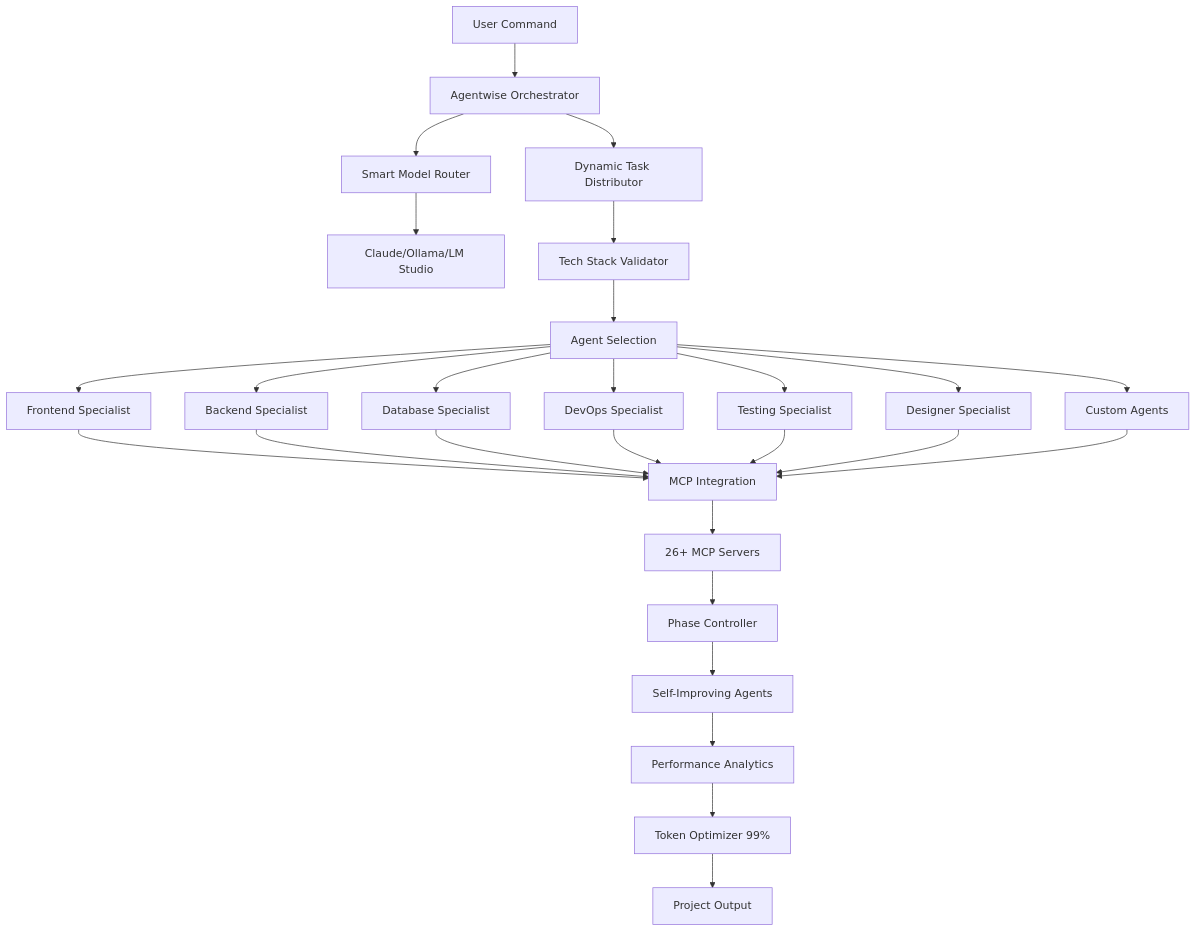
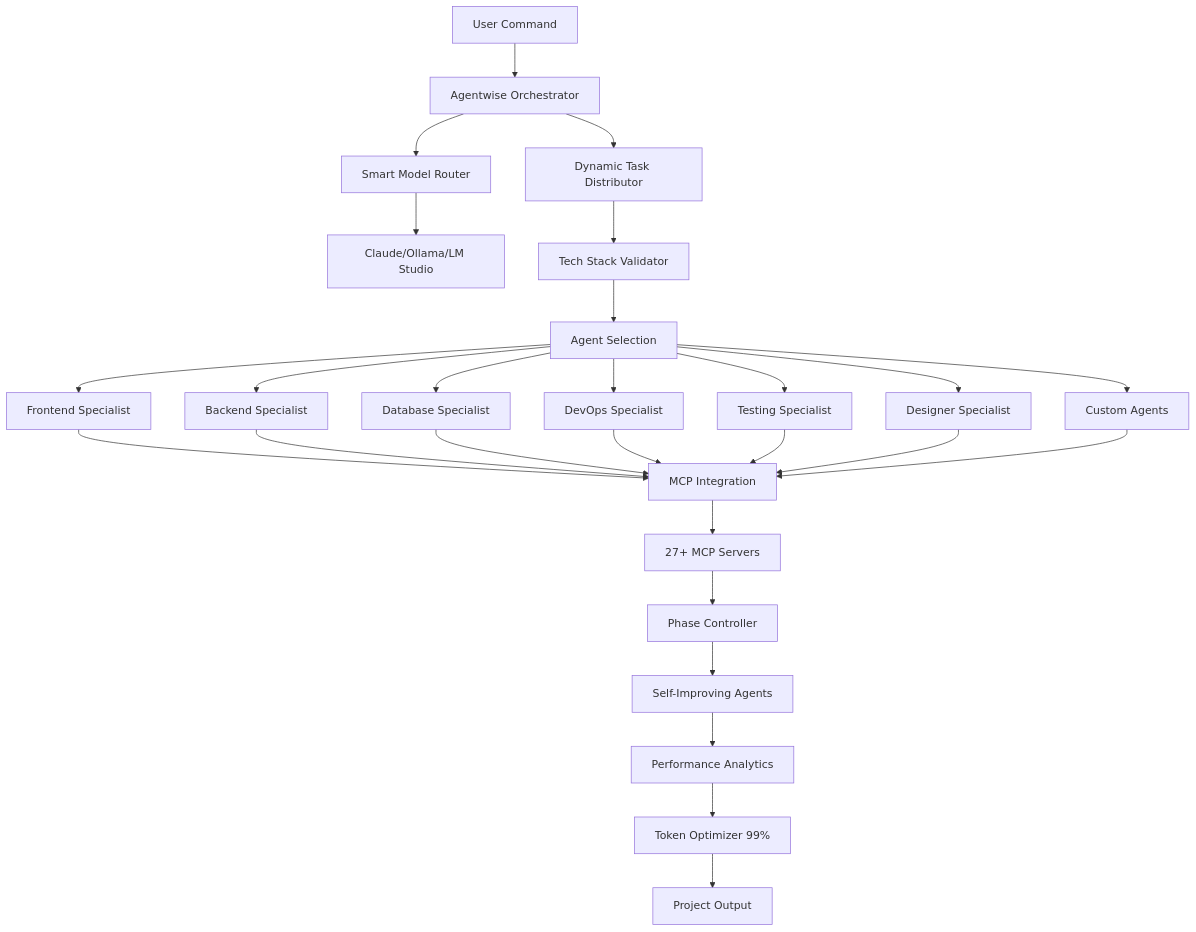
Before and after one commit to VibeCodingWithPhil/agentwise: the diagram in README.md, drawn with Mermaid. The commit also changed other lines of this file and 7 other files, not shown here.

````diff
--- a/README.md
+++ b/README.md
@@ -381,29 +395,29 @@
 ```mermaid
 graph TD
     A[User Command] --> B[Agentwise Orchestrator]
     B --> C[Smart Model Router]
     C --> D[Claude/Ollama/LM Studio]
     B --> E[Dynamic Task Distributor]
     E --> F[Tech Stack Validator]
     F --> G[Agent Selection]
     G --> H1[Frontend Specialist]
     G --> H2[Backend Specialist]
     G --> H3[Database Specialist]
     G --> H4[DevOps Specialist]
     G --> H5[Testing Specialist]
     G --> H6[Designer Specialist]
     G --> H7[Custom Agents]
     H1 --> I[MCP Integration]
     H2 --> I
     H3 --> I
     H4 --> I
     H5 --> I
     H6 --> I
     H7 --> I
-    I --> J[26+ MCP Servers]
+    I --> J[27+ MCP Servers]
     J --> K[Phase Controller]
     K --> L[Self-Improving Agents]
     L --> M[Performance Analytics]
     M --> N[Token Optimizer 99%]
     N --> O[Project Output]
 ```
````
